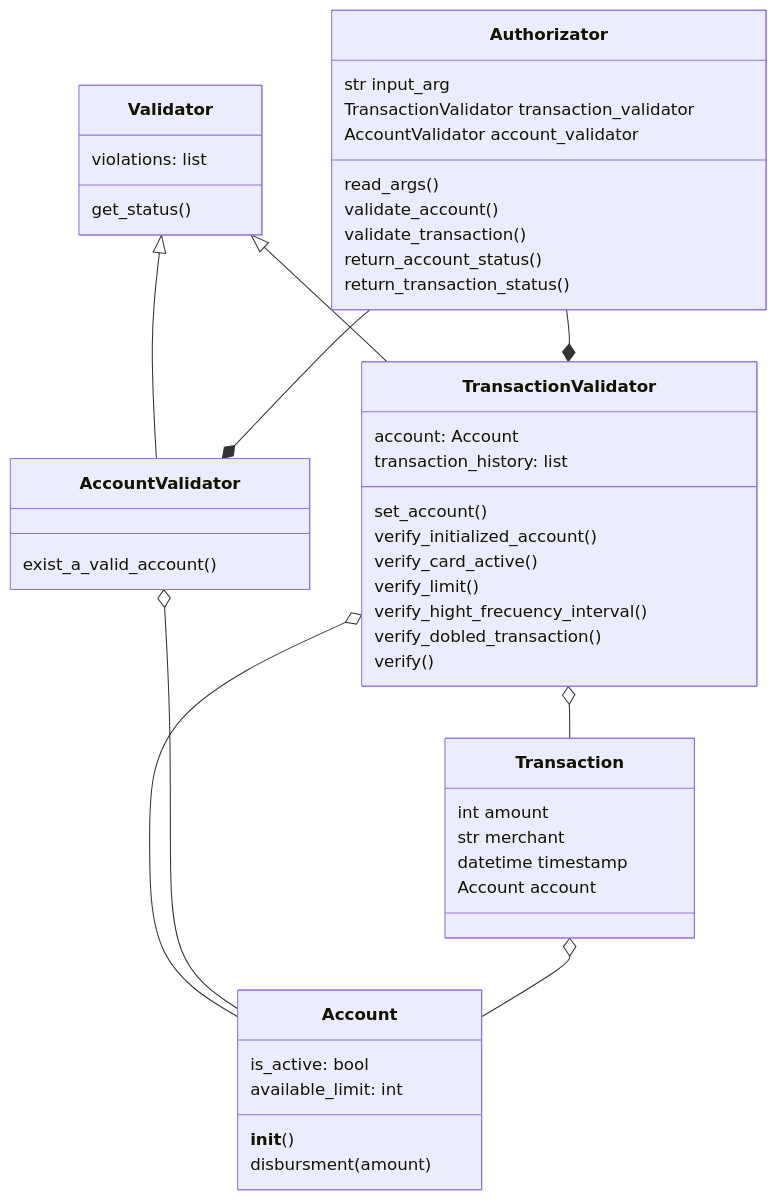
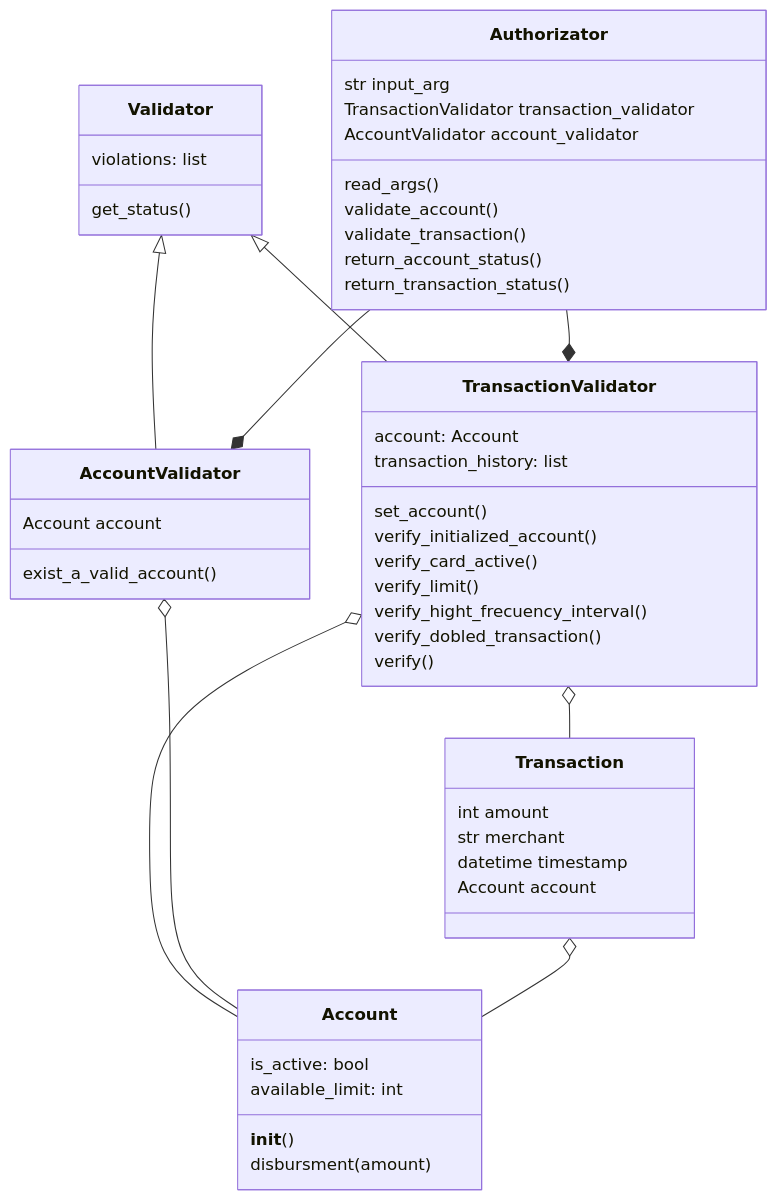
Before and after one commit to jesushl/authorizer: the second of 2 diagrams in README.md, drawn with Mermaid.

Commit message:
addin missed method

````diff
--- a/README.md
+++ b/README.md
@@ -69,52 +69,53 @@
 ```mermaid
     classDiagram
 class Authorizator {
   str input_arg
   TransactionValidator transaction_validator
   AccountValidator account_validator
   read_args()
   validate_account()
   validate_transaction()
   return_account_status()
   return_transaction_status()
 }
 class Validator{
     violations: list <str>
     get_status()
 }
 class AccountValidator{
     exist_a_valid_account()
+    Account account
 }
 class TransactionValidator{
     account: Account
     transaction_history: list<Transaction>
     set_account()
     verify_initialized_account()
     verify_card_active()
     verify_limit()
     verify_hight_frecuency_interval()
     verify_dobled_transaction()
     verify()
 
 }
 class Account{
     is_active: bool
     available_limit: int
     __init__(<json_account>)
     disbursment(amount)
 }
 class Transaction{
     int amount
     str merchant
     datetime timestamp
     Account account 
 }
 TransactionValidator o--Transaction
 TransactionValidator o-- Account
 AccountValidator o-- Account
 Transaction o-- Account
 Validator <|-- AccountValidator
 Validator <|-- TransactionValidator
 Authorizator --* TransactionValidator
 Authorizator --* AccountValidator
 ```
````
